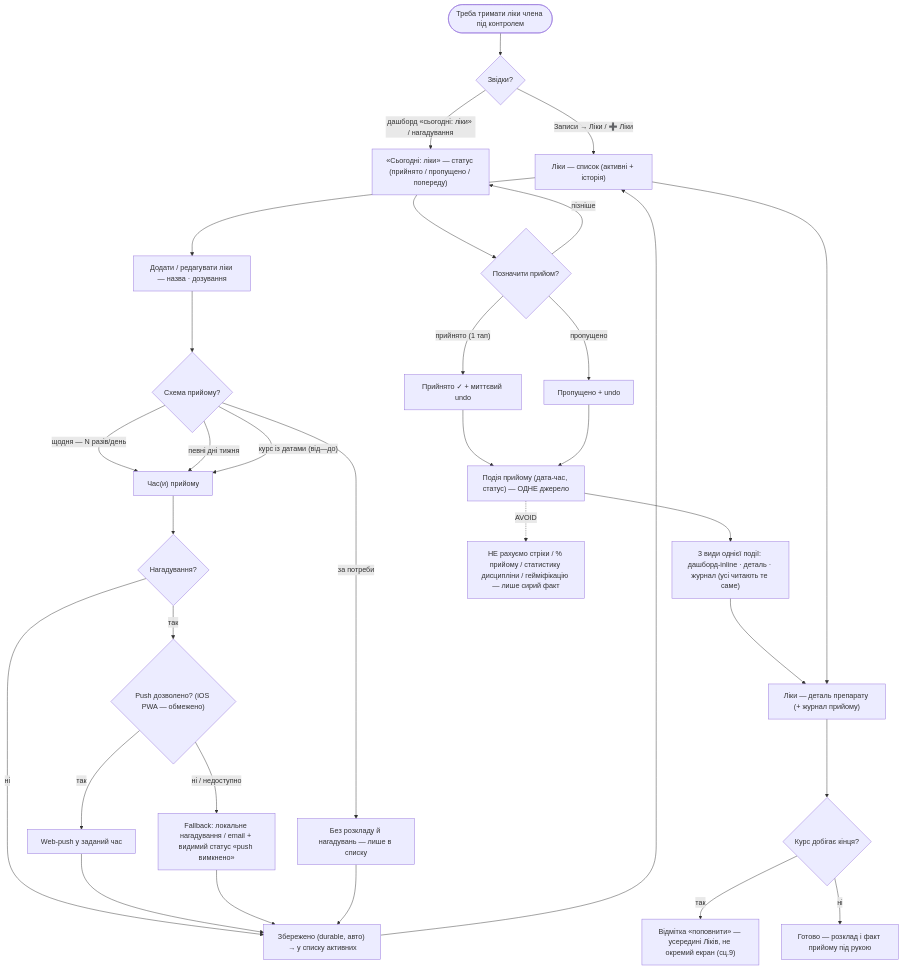
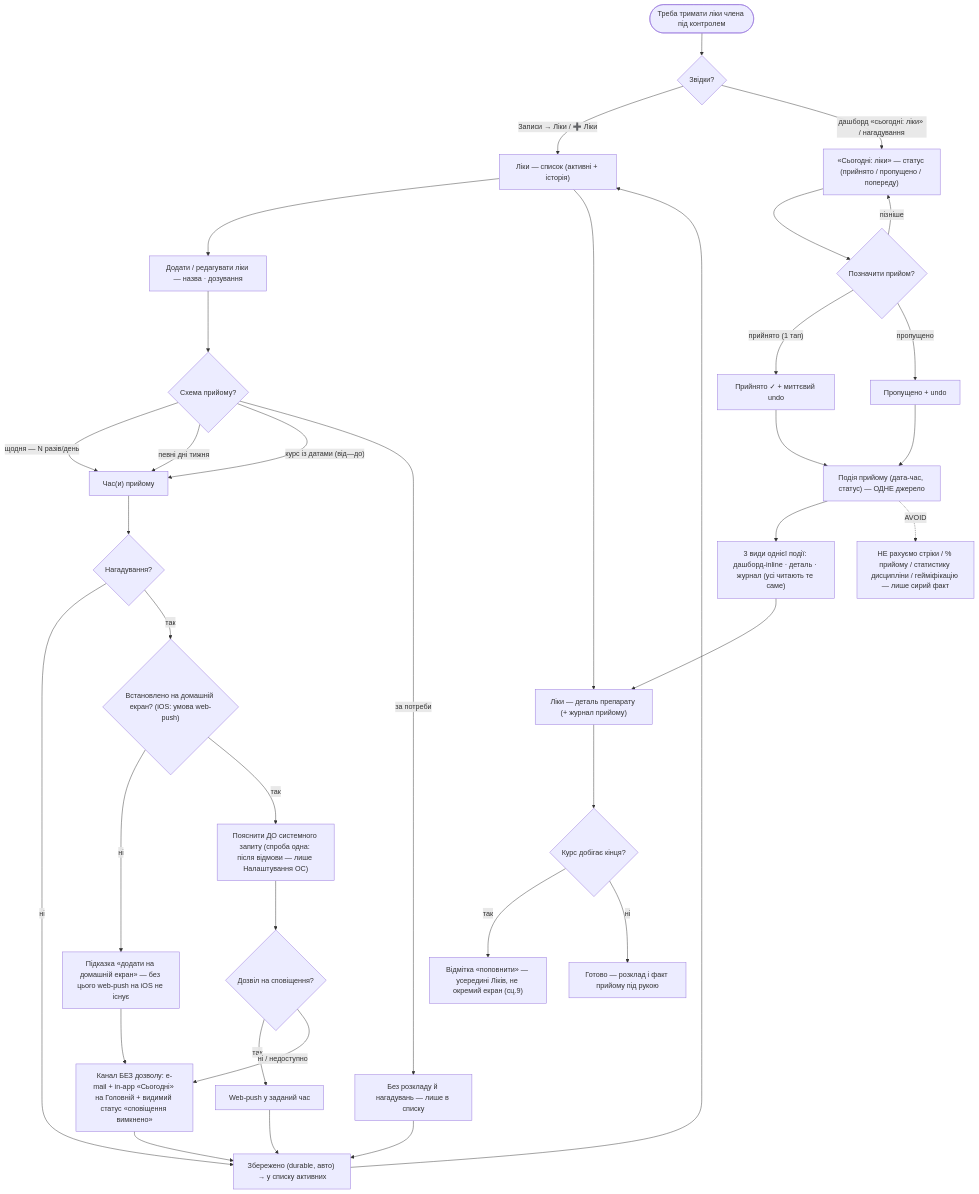
Before and after one commit to DShkiaruk/Kartka: the fourth of 6 diagrams in flows.md, drawn with Mermaid. The commit also changed other lines of this file and 8 other files, not shown here.

````diff
--- a/flows.md
+++ b/flows.md
@@ -209,42 +209,46 @@
 ```mermaid
 flowchart TD
   start(["Треба тримати ліки члена під контролем"]) --> entry{"Звідки?"}
   entry -->|"Записи → Ліки / ➕ Ліки"| list["Ліки — список (активні + історія)"]
   entry -->|"дашборд «сьогодні: ліки» / нагадування"| today["«Сьогодні: ліки» — статус (прийнято / пропущено / попереду)"]
 
   %% ── ДОДАТИ ліки + РОЗКЛАД (найбільша прихована складність) ──
   list --> add["Додати / редагувати ліки — назва · дозування"]
   add --> sched{"Схема прийому?"}
   sched -->|"щодня — N разів/день"| times["Час(и) прийому"]
   sched -->|"певні дні тижня"| times
   sched -->|"курс із датами (від—до)"| times
   sched -->|"за потреби"| norem["Без розкладу й нагадувань — лише в списку"]
   times --> remq{"Нагадування?"}
   remq -->|"ні"| saveMed["Збережено (durable, авто) → у списку активних"]
-  remq -->|"так"| pushq{"Push дозволено? (iOS PWA — обмежено)"}
+  remq -->|"так"| hsq{"Встановлено на домашній екран? (iOS: умова web-push)"}
+  hsq -->|"ні"| a2hs["Підказка «додати на домашній екран» — без цього web-push на iOS не існує"]
+  a2hs --> chan
+  hsq -->|"так"| primer["Пояснити ДО системного запиту (спроба одна: після відмови — лише Налаштування ОС)"]
+  primer --> pushq{"Дозвіл на сповіщення?"}
   pushq -->|"так"| pushok["Web-push у заданий час"]
-  pushq -->|"ні / недоступно"| fallback["Fallback: локальне нагадування / email + видимий статус «push вимкнено»"]
+  pushq -->|"ні / недоступно"| chan["Канал БЕЗ дозволу: e-mail + in-app «Сьогодні» на Головній + видимий статус «сповіщення вимкнено»"]
   pushok --> saveMed
-  fallback --> saveMed
+  chan --> saveMed
   norem --> saveMed
   saveMed --> list
 
   %% ── ПОЗНАЧИТИ прийом (сц.1 — найчастіша дія) ──
   today --> mark{"Позначити прийом?"}
   mark -->|"прийнято (1 тап)"| taken["Прийнято ✓ + миттєвий undo"]
   mark -->|"пропущено"| skipped["Пропущено + undo"]
   mark -->|"пізніше"| today
   taken --> event["Подія прийому (дата-час, статус) — ОДНЕ джерело"]
   skipped --> event
   event --> views["3 види однієї події: дашборд-inline · деталь · журнал (усі читають те саме)"]
   views --> detail["Ліки — деталь препарату (+ журнал прийому)"]
 
   %% ── ЖУРНАЛ + поповнення ──
   list --> detail
   detail --> refill{"Курс добігає кінця?"}
   refill -->|"так"| refillnote["Відмітка «поповнити» — усередині Ліків, не окремий екран (сц.9)"]
   refill -->|"ні"| done["Готово — розклад і факт прийому під рукою"]
 
   %% ── МЕЖА (AVOID) ──
   event -.->|"AVOID"| avoid["НЕ рахуємо стріки / % прийому / статистику дисципліни / гейміфікацію — лише сирий факт"]
 ```
````
